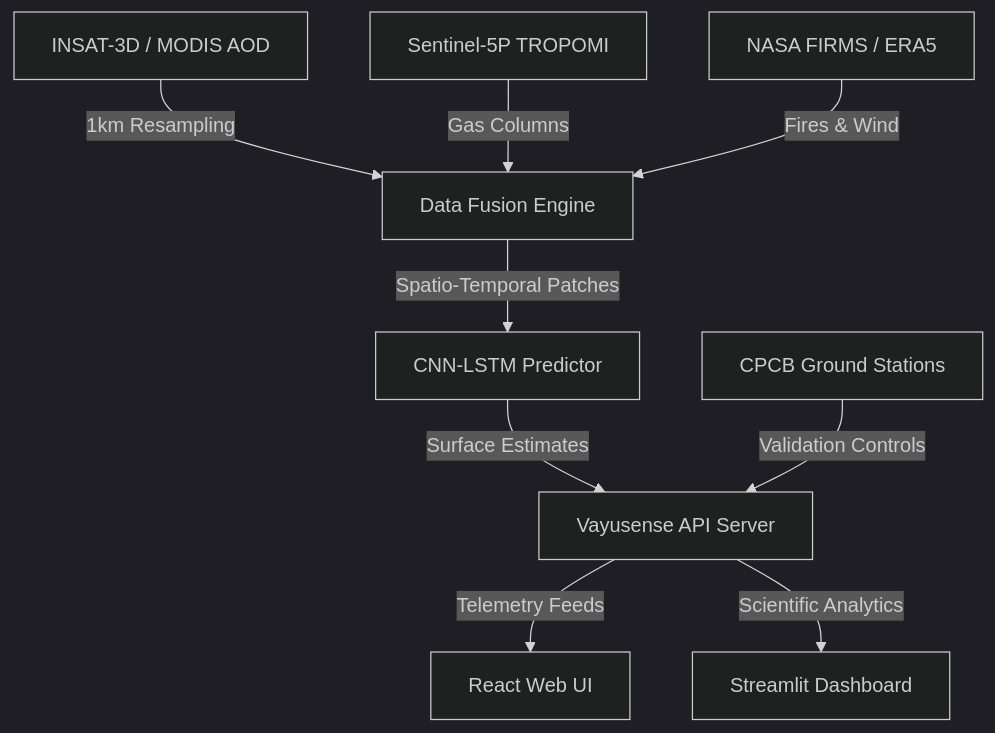
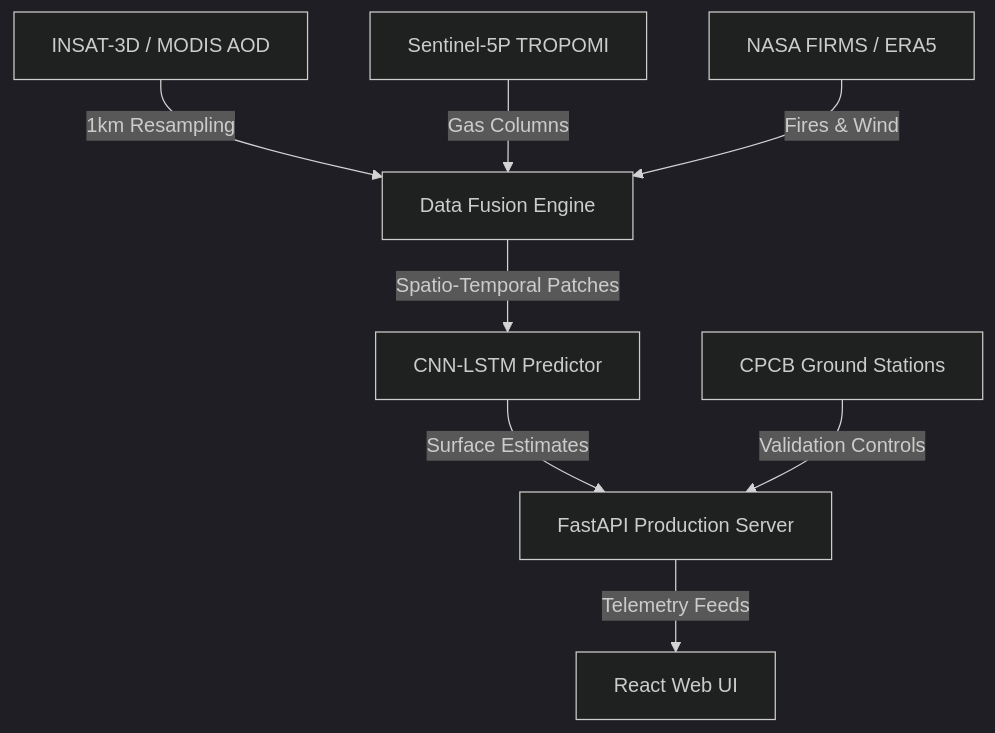
The diagram in README.md (Shweta-tech712/Vayusense), drawn with Mermaid (dark theme) before and after one commit. The commit also changed other lines of this file and 6 other files, not shown here.

Commit message:
docs: update README.md and dependencies for React + FastAPI production transition

````diff
--- a/README.md
+++ b/README.md
@@ -23,11 +23,10 @@
 ```mermaid
 graph TD
     A[INSAT-3D / MODIS AOD] -->|1km Resampling| D[Data Fusion Engine]
     B[Sentinel-5P TROPOMI] -->|Gas Columns| D
     C[NASA FIRMS / ERA5] -->|Fires & Wind| D
     D -->|Spatio-Temporal Patches| E[CNN-LSTM Predictor]
-    E -->|Surface Estimates| F[Vayusense API Server]
+    E -->|Surface Estimates| F[FastAPI Production Server]
     G[CPCB Ground Stations] -->|Validation Controls| F
     F -->|Telemetry Feeds| H[React Web UI]
-    F -->|Scientific Analytics| I[Streamlit Dashboard]
 ```
````
